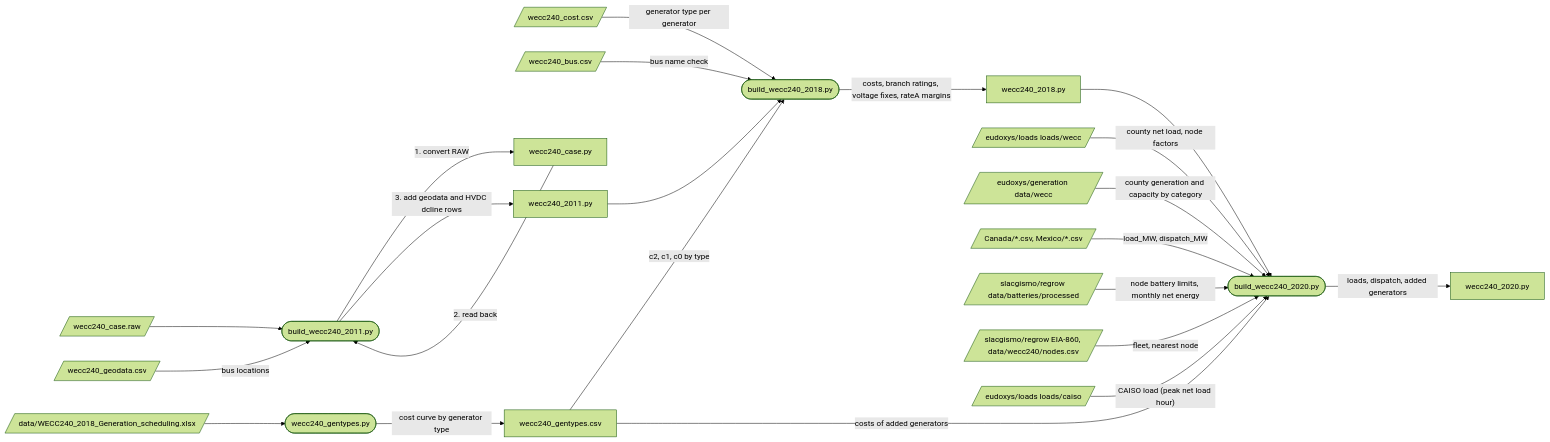
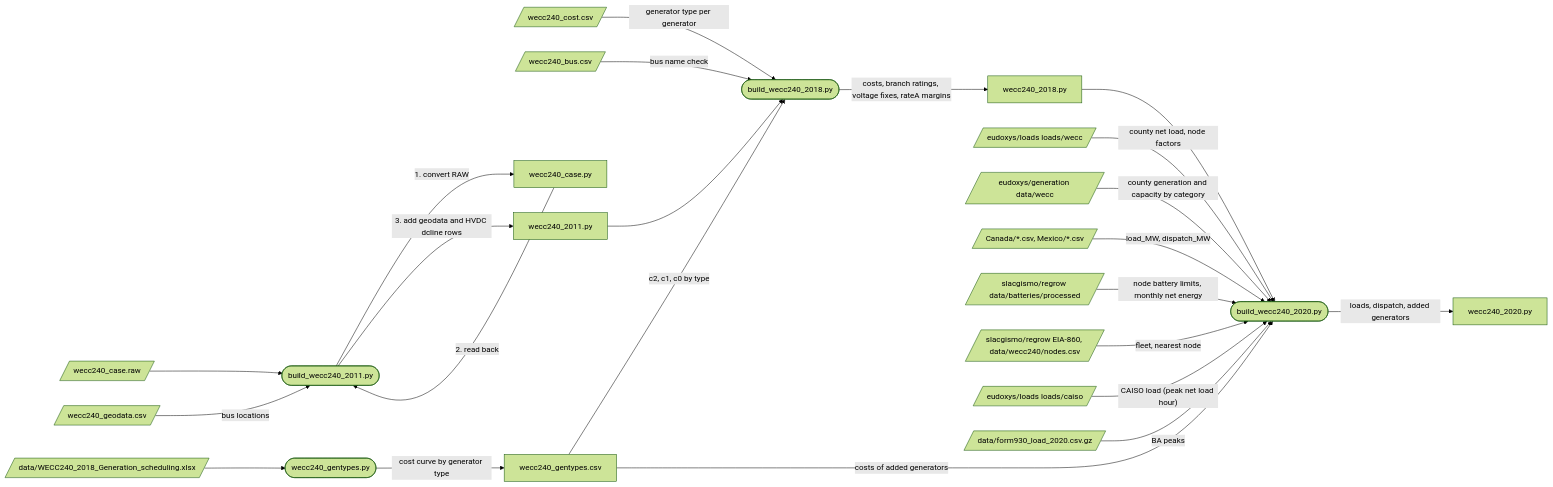
The diagram in wecc240/README.md (eudoxys/wecc240), drawn with Mermaid (forest theme) before and after one commit. The commit also changed other lines of this file and 11 other files, not shown here.

First line of the commit message:
Scale 2020 loads to Form 930 BA peaks (as #25) and regenerate wecc240_2020.py

````diff
--- a/wecc240/README.md
+++ b/wecc240/README.md
@@ -122,48 +131,49 @@
 ```mermaid
 flowchart LR
     raw[/wecc240_case.raw/]
     geo[/wecc240_geodata.csv/]
     xlsx[/"data/WECC240_2018_Generation_scheduling.xlsx"/]
     cost[/wecc240_cost.csv/]
     bus[/wecc240_bus.csv/]
 
     b2011([build_wecc240_2011.py])
     gt([wecc240_gentypes.py])
     b2018([build_wecc240_2018.py])
 
     case[wecc240_case.py]
     c2011[wecc240_2011.py]
     types[wecc240_gentypes.csv]
     c2018[wecc240_2018.py]
 
     raw --> b2011
     b2011 -- "1. convert RAW" --> case
     case -- "2. read back" --> b2011
     geo -- "bus locations" --> b2011
     b2011 -- "3. add geodata and HVDC dcline rows" --> c2011
 
     xlsx --> gt
     gt -- "cost curve by generator type" --> types
 
     c2011 --> b2018
     types -- "c2, c1, c0 by type" --> b2018
     cost -- "generator type per generator" --> b2018
     bus -- "bus name check" --> b2018
     b2018 -- "costs, branch ratings, voltage fixes, rateA margins" --> c2018
 
     loads[/"eudoxys/loads loads/wecc"/]
     gendata[/"eudoxys/generation data/wecc"/]
     foreign[/"Canada/*.csv, Mexico/*.csv"/]
     b2020([build_wecc240_2020.py])
     c2020[wecc240_2020.py]
 
     c2018 --> b2020
     loads -- "county net load, node factors" --> b2020
     gendata -- "county generation and capacity by category" --> b2020
     foreign -- "load_MW, dispatch_MW" --> b2020
     types -- "costs of added generators" --> b2020
     batteries[/"slacgismo/regrow data/batteries/processed"/] -- "node battery limits, monthly net energy" --> b2020
     eia860[/"slacgismo/regrow EIA-860, data/wecc240/nodes.csv"/] -- "fleet, nearest node" --> b2020
     caiso[/"eudoxys/loads loads/caiso"/] -- "CAISO load (peak net load hour)" --> b2020
+    form930[/"data/form930_load_2020.csv.gz"/] -- "BA peaks" --> b2020
     b2020 -- "loads, dispatch, added generators" --> c2020
 ```
````
